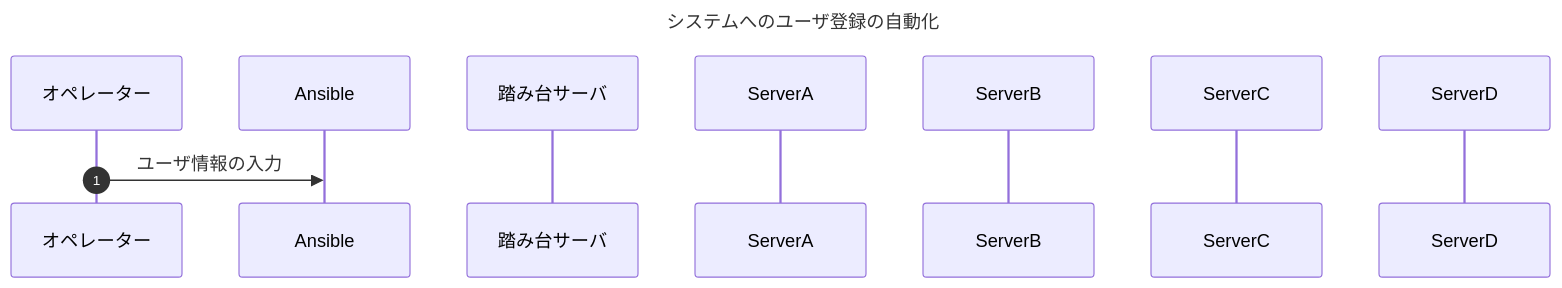
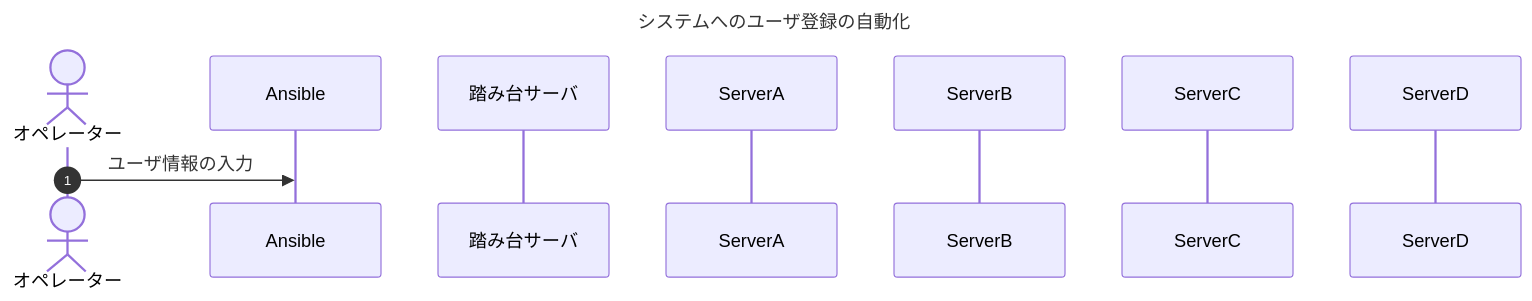
Before and after one commit to panda-git-hub/handbook: the diagram in hoge.md, drawn with Mermaid. The commit also changed other lines of this file, not shown here.

````diff
--- a/hoge.md
+++ b/hoge.md
@@ -6,14 +5,14 @@
 ```mermaid
 sequenceDiagram
   autonumber
   Title: システムへのユーザ登録の自動化
-  participant A as オペレーター
+  actor A as オペレーター
   participant B as Ansible
   participant C as 踏み台サーバ
   participant D as ServerA
   participant E as ServerB
   participant F as ServerC
   participant G as ServerD
 
   A->>B: ユーザ情報の入力
 ```
````
